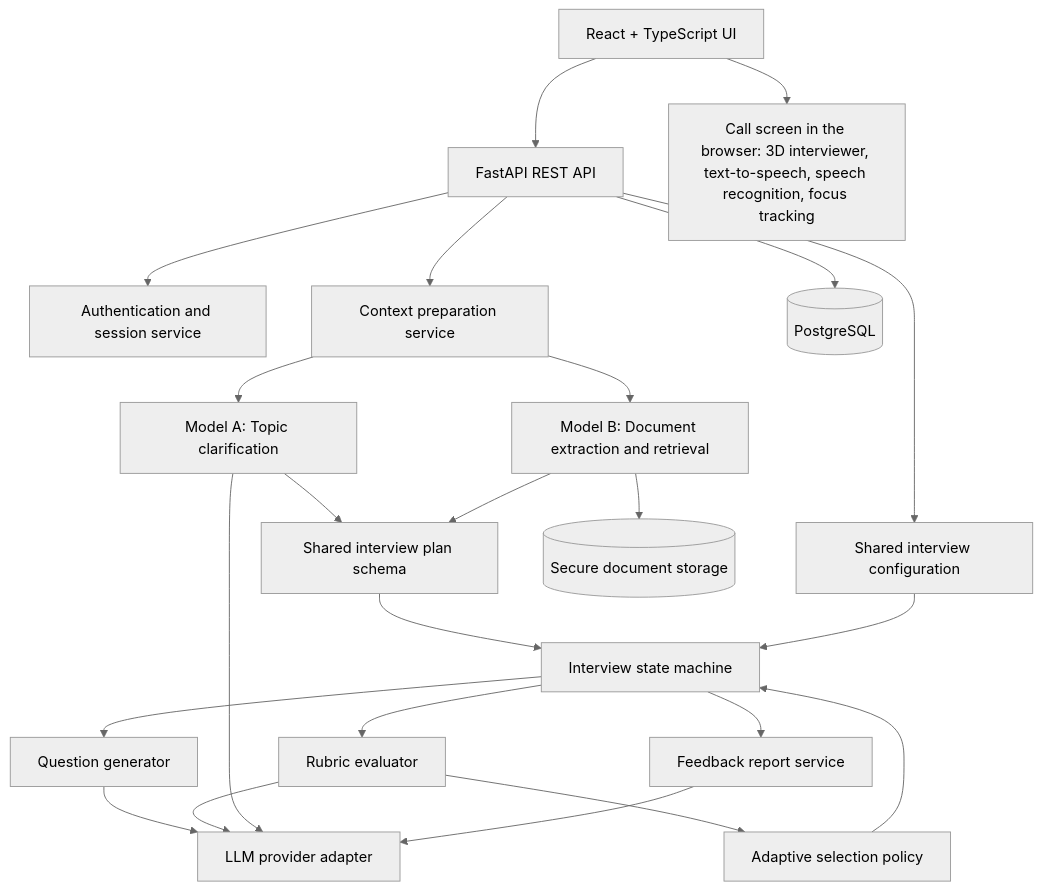
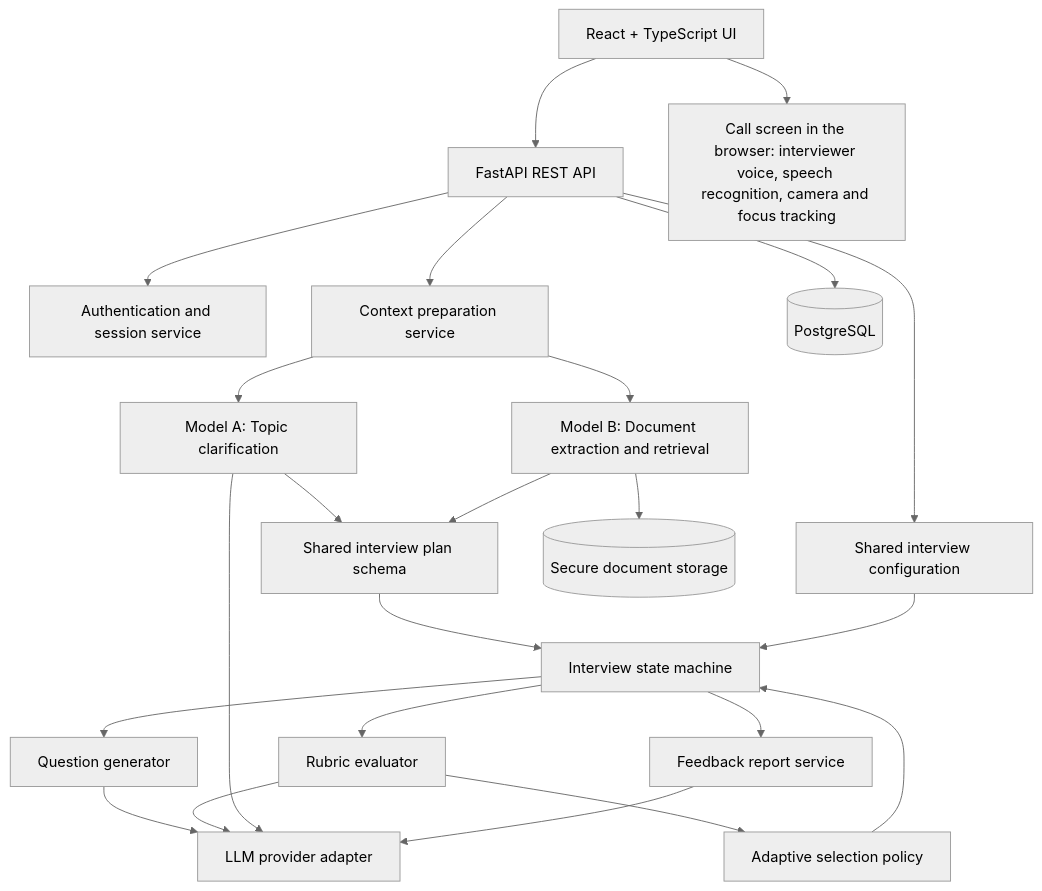
One commit to avaneja/interAct_main_2026 changed the second of 3 diagrams in README.md. Above: the diagram before and after it, drawn with Mermaid (neutral theme). The commit also changed other lines of this file and 18 other files, not shown here.

````diff
--- a/README.md
+++ b/README.md
@@ -195,25 +195,25 @@
 ```mermaid
 flowchart TB
     UI[React + TypeScript UI] --> API[FastAPI REST API]
-    UI --> CALL[Call screen in the browser: 3D interviewer, text-to-speech, speech recognition, focus tracking]
+    UI --> CALL[Call screen in the browser: interviewer voice, speech recognition, camera and focus tracking]
     API --> AUTH[Authentication and session service]
     API --> ING[Context preparation service]
     ING --> TOPIC[Model A: Topic clarification]
     ING --> DOC[Model B: Document extraction and retrieval]
     TOPIC --> PLAN[Shared interview plan schema]
     DOC --> PLAN
     API --> CONFIG[Shared interview configuration]
     PLAN --> ENGINE[Interview state machine]
     CONFIG --> ENGINE
     ENGINE --> GEN[Question generator]
     ENGINE --> EVAL[Rubric evaluator]
     EVAL --> POLICY[Adaptive selection policy]
     POLICY --> ENGINE
     ENGINE --> REPORT[Feedback report service]
     API --> DB[(PostgreSQL)]
     DOC --> STORE[(Secure document storage)]
     GEN --> LLM[LLM provider adapter]
     EVAL --> LLM
     TOPIC --> LLM
     REPORT --> LLM
 ```
````
